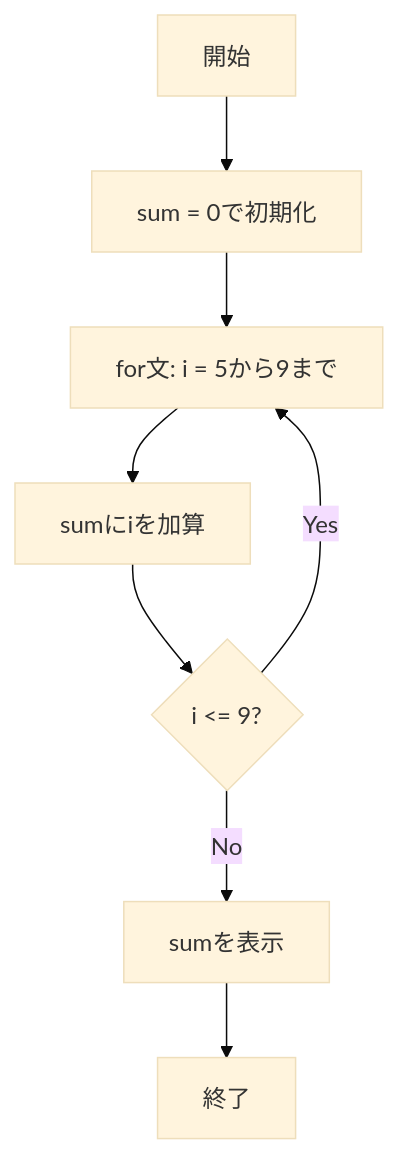
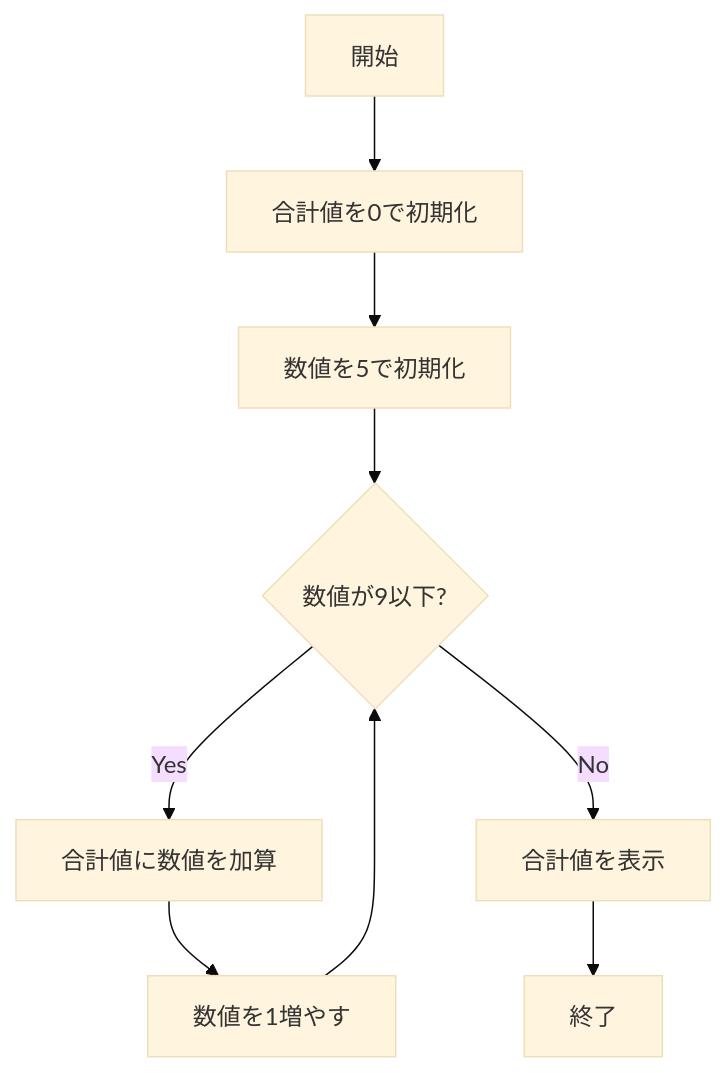
The second of 2 diagrams in chapter04/ForLoopSum-README.md (kanjiz/java-training-design-docs), drawn with Mermaid (base theme) before and after one commit. The commit also changed other lines of this file and 3 other files, not shown here.

````diff
--- a/chapter04/ForLoopSum-README.md
+++ b/chapter04/ForLoopSum-README.md
@@ -51,10 +42,11 @@
 ```mermaid
 flowchart TD
-    A[開始] --> B[sum = 0で初期化]
-    B --> C[for文: i = 5から9まで]
-    C --> D[sumにiを加算]
-    D --> E{i <= 9?}
-    E -->|Yes| C
-    E -->|No| F[sumを表示]
-    F --> G[終了]
+    A[開始] --> B[合計値を0で初期化]
+    B --> C[数値を5で初期化]
+    C --> D{数値が9以下?}
+    D -->|Yes| E[合計値に数値を加算]
+    E --> F[数値を1増やす]
+    F --> D
+    D -->|No| G[合計値を表示]
+    G --> H[終了]
 ```
````
